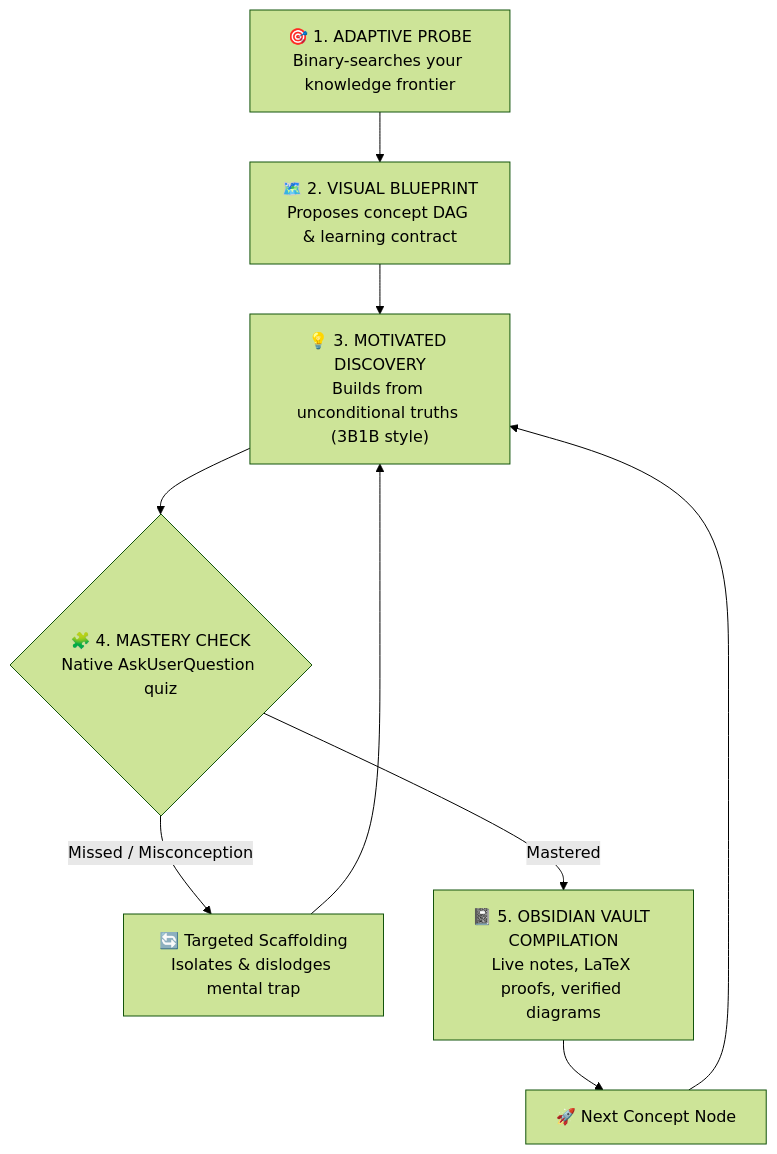
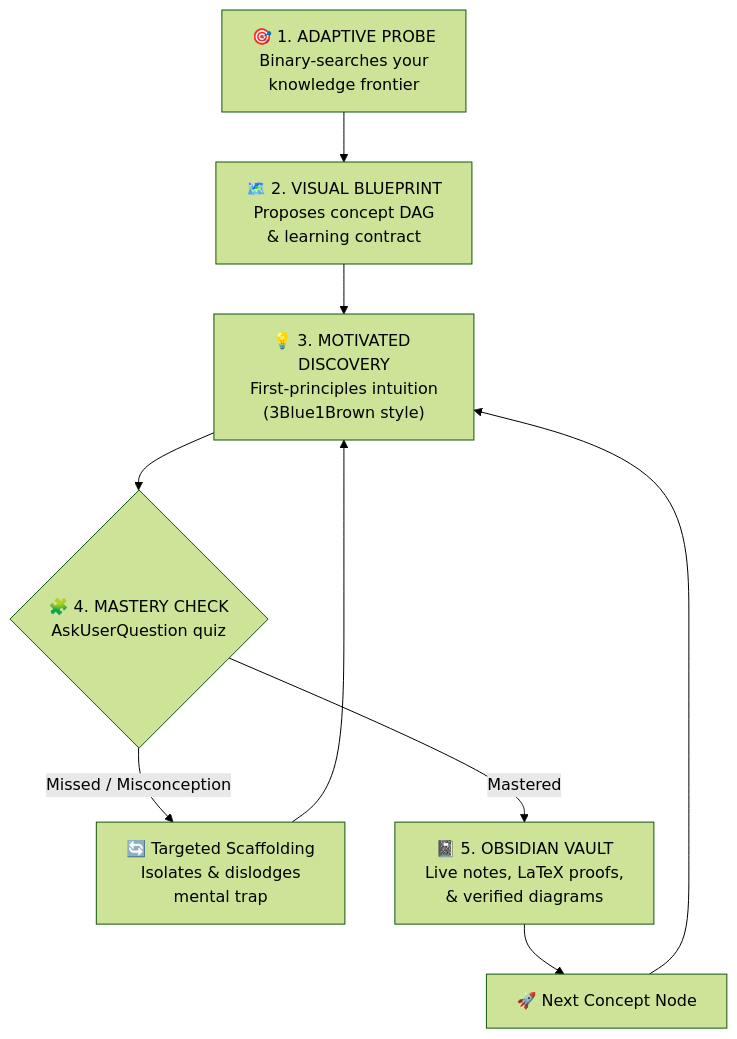
The first of 2 diagrams in README.md (OJ102/ProjectSchola), drawn with Mermaid (forest theme) before and after one commit. The commit also changed other lines of this file, not shown here.

Commit message:
docs: fix Mermaid diagram text cutoff in GitHub README preview

````diff
--- a/README.md
+++ b/README.md
@@ -30,11 +30,11 @@
 ```mermaid
 flowchart TD
-    A["🎯 1. ADAPTIVE PROBE<br/>Binary-searches your knowledge frontier"] --> B["🗺️ 2. VISUAL BLUEPRINT<br/>Proposes concept DAG & learning contract"]
-    B --> C["💡 3. MOTIVATED DISCOVERY<br/>Builds from unconditional truths (3B1B style)"]
-    C --> D{"🧩 4. MASTERY CHECK<br/>Native AskUserQuestion quiz"}
-    D -- Missed / Misconception --> E["🔄 Targeted Scaffolding<br/>Isolates & dislodges mental trap"]
+    A["🎯 1. ADAPTIVE PROBE<br/>Binary-searches your<br/>knowledge frontier"] --> B["🗺️ 2. VISUAL BLUEPRINT<br/>Proposes concept DAG<br/>& learning contract"]
+    B --> C["💡 3. MOTIVATED DISCOVERY<br/>First-principles intuition<br/>(3Blue1Brown style)"]
+    C --> D{"🧩 4. MASTERY CHECK<br/>AskUserQuestion quiz"}
+    D -- Missed / Misconception --> E["🔄 Targeted Scaffolding<br/>Isolates & dislodges<br/>mental trap"]
     E --> C
-    D -- Mastered --> F["📓 5. OBSIDIAN VAULT COMPILATION<br/>Live notes, LaTeX proofs, verified diagrams"]
+    D -- Mastered --> F["📓 5. OBSIDIAN VAULT<br/>Live notes, LaTeX proofs,<br/>& verified diagrams"]
     F --> G["🚀 Next Concept Node"]
     G --> C
 ```
````
